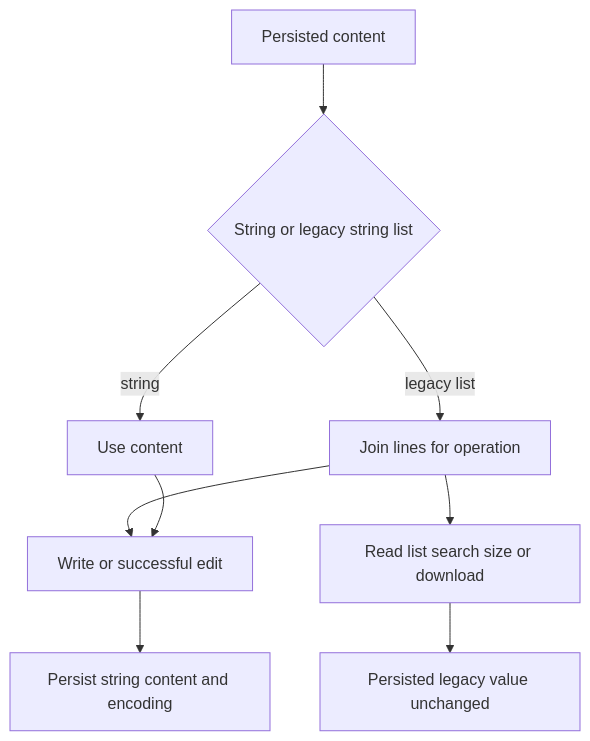
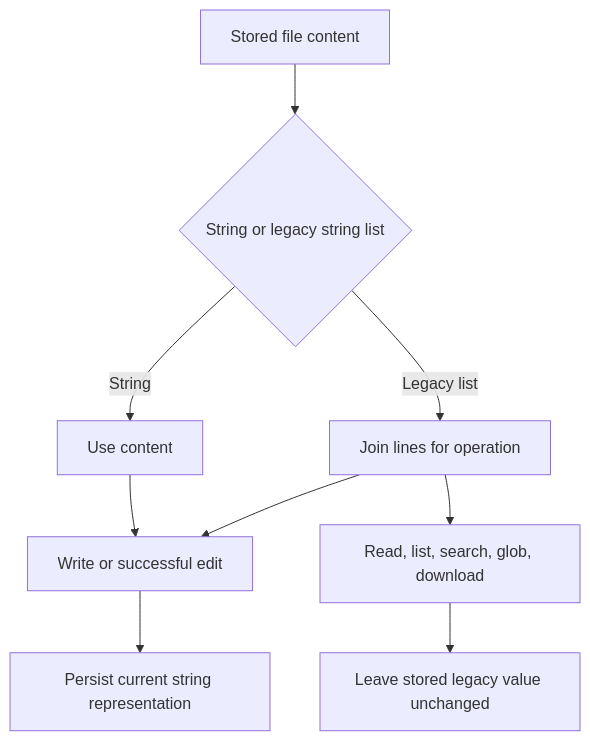
The first of 2 diagrams in openwiki/concepts/backends.md (langchain-ai/deepagents), drawn with Mermaid before and after one commit. The commit also changed other lines of this file and 69 other files, not shown here.

````diff
--- a/openwiki/concepts/backends.md
+++ b/openwiki/concepts/backends.md
@@ -54,11 +75,11 @@
 ```mermaid
 flowchart TD
-    Stored["Persisted content"] --> Kind{"String or legacy string list"}
-    Kind -->|string| Current["Use content"]
-    Kind -->|legacy list| Normalize["Join lines for operation"]
-    Normalize --> ReadOnly["Read list search size or download"]
-    ReadOnly --> Preserve["Persisted legacy value unchanged"]
-    Normalize --> Mutation["Write or successful edit"]
-    Current --> Mutation
-    Mutation --> Persist["Persist string content and encoding"]
+    Stored["Stored file content"] --> Type{"String or legacy string list"}
+    Type -->|"String"| View["Use content"]
+    Type -->|"Legacy list"| Join["Join lines for operation"]
+    Join --> Observe["Read, list, search, glob, download"]
+    Observe --> Keep["Leave stored legacy value unchanged"]
+    View --> Change["Write or successful edit"]
+    Join --> Change
+    Change --> Current["Persist current string representation"]
 ```
````
